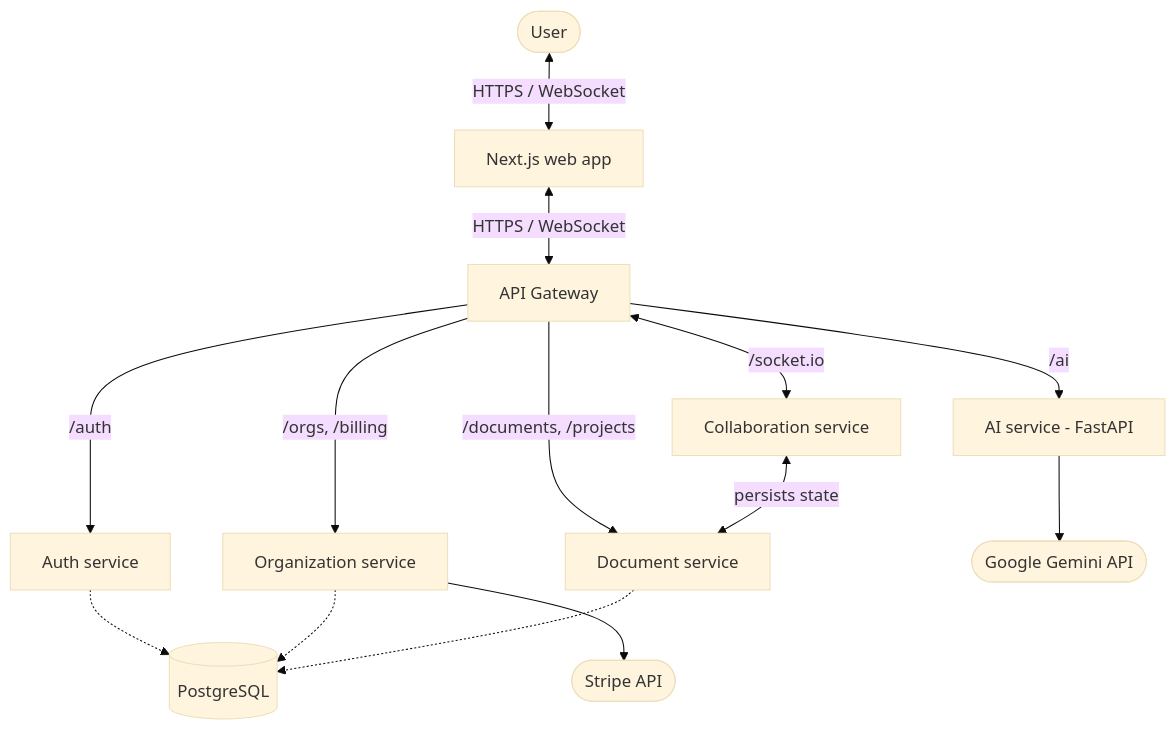
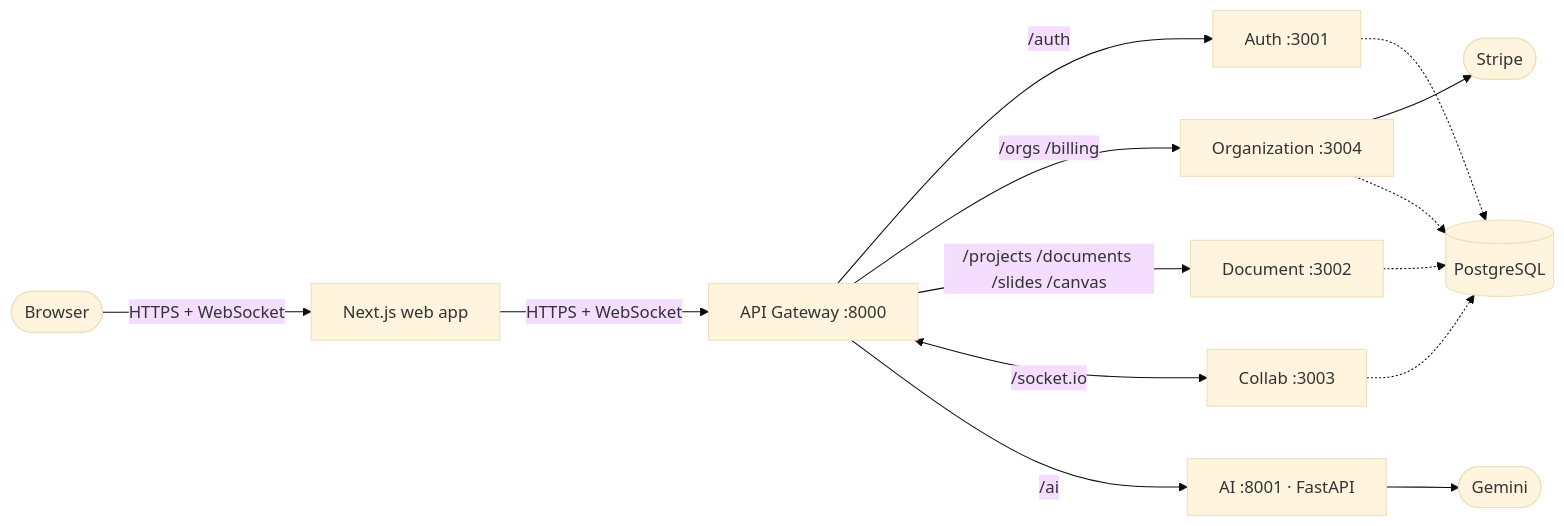
One commit to likhith1253/Synergy_Space changed the diagram in README.md. Above: the diagram before and after it, drawn with Mermaid (base theme). The commit also changed other lines of this file and 59 other files, not shown here.

````diff
--- a/README.md
+++ b/README.md
@@ -24,19 +34,18 @@
 ```mermaid
-graph TD
-    User([User]) <-->|HTTPS / WebSocket| Web[Next.js web app]
-    Web <-->|HTTPS / WebSocket| Gateway[API Gateway]
+graph LR
+    Browser([Browser]) -->|HTTPS + WebSocket| Web[Next.js web app]
+    Web -->|HTTPS + WebSocket| GW[API Gateway :8000]
 
-    Gateway -->|/auth| Auth[Auth service]
-    Gateway -->|/orgs, /billing| Org[Organization service]
-    Gateway -->|/documents, /projects| Doc[Document service]
-    Gateway <-->|/socket.io| Collab[Collaboration service]
-    Gateway -->|/ai| AI[AI service - FastAPI]
+    GW -->|/auth| Auth[Auth :3001]
+    GW -->|/orgs /billing| Org[Organization :3004]
+    GW -->|/projects /documents /slides /canvas| Doc[Document :3002]
+    GW <-->|/socket.io| Collab[Collab :3003]
+    GW -->|/ai| AI[AI :8001 · FastAPI]
 
-    Collab <-->|persists state| Doc
-    AI --> Gemini([Google Gemini API])
-    Org --> Stripe([Stripe API])
-
+    Org --> Stripe([Stripe])
+    AI --> Gemini([Gemini])
     Auth -.-> DB[(PostgreSQL)]
     Org -.-> DB
     Doc -.-> DB
+    Collab -.-> DB
 ```
````
